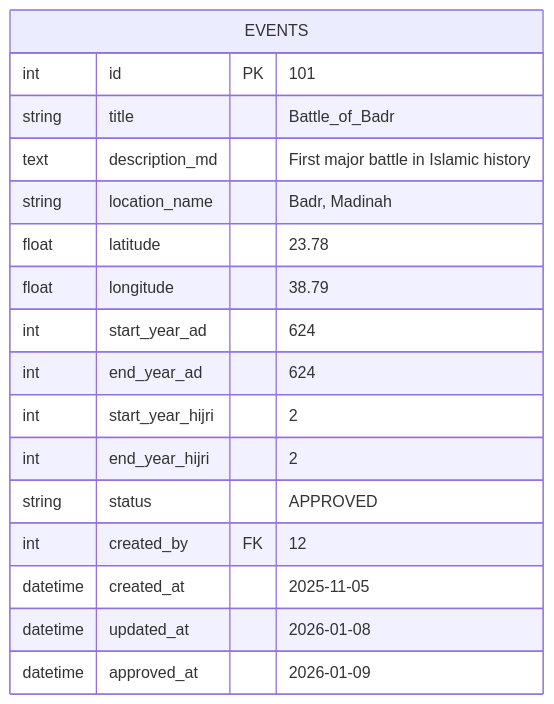
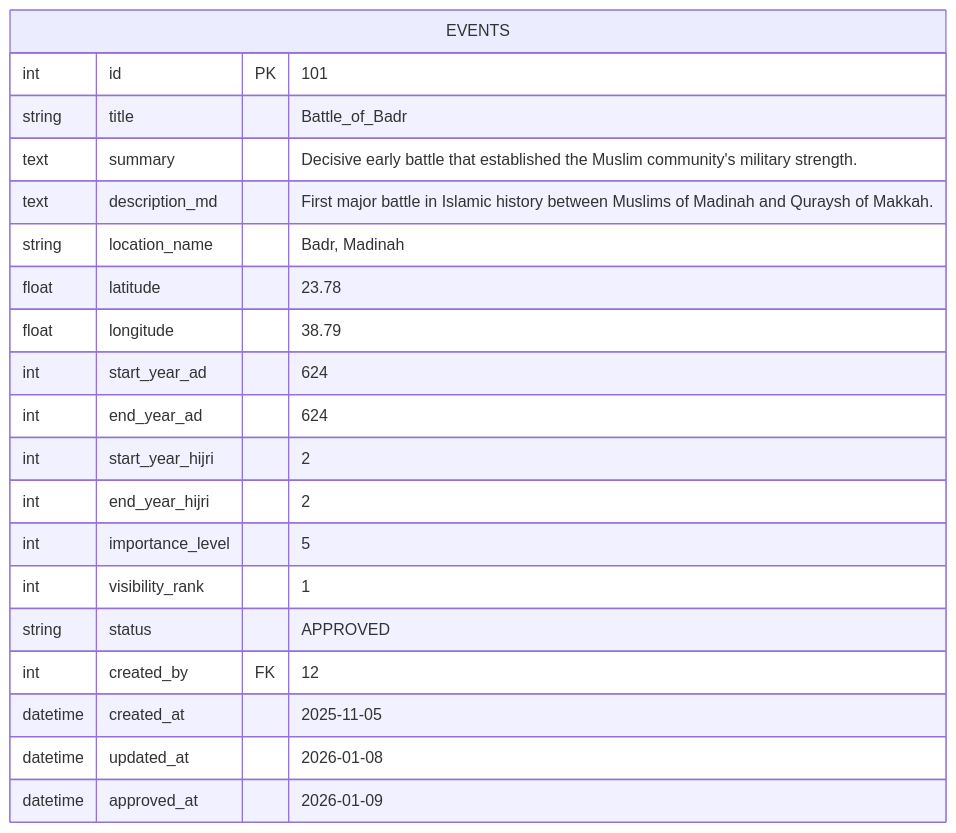
One commit to Irshad-11/Tarikh-al-Islam changed diagram 12 of 19 in docs/04-database-design.md. Above: the diagram before and after it, drawn with Mermaid. The commit also changed other lines of this file, not shown here.

Commit message:
Update database design to include timeline optimization fields and enhance event metadata

````diff
--- a/docs/04-database-design.md
+++ b/docs/04-database-design.md
@@ -281,21 +299,25 @@
 ```mermaid
 erDiagram
     EVENTS {
         int id PK "101"
         string title "Battle_of_Badr"
-        text description_md "First major battle in Islamic history"
+        text summary "Decisive early battle that established the Muslim community's military strength."
+        text description_md "First major battle in Islamic history between Muslims of Madinah and Quraysh of Makkah."
         string location_name "Badr, Madinah"
         float latitude "23.78"
         float longitude "38.79"
         int start_year_ad "624"
         int end_year_ad "624"
         int start_year_hijri "2"
         int end_year_hijri "2"
+        int importance_level "5"
+        int visibility_rank "1"
         string status "APPROVED"
         int created_by FK "12"
         datetime created_at "2025-11-05"
         datetime updated_at "2026-01-08"
         datetime approved_at "2026-01-09"
     }
 
+
 ```
````
